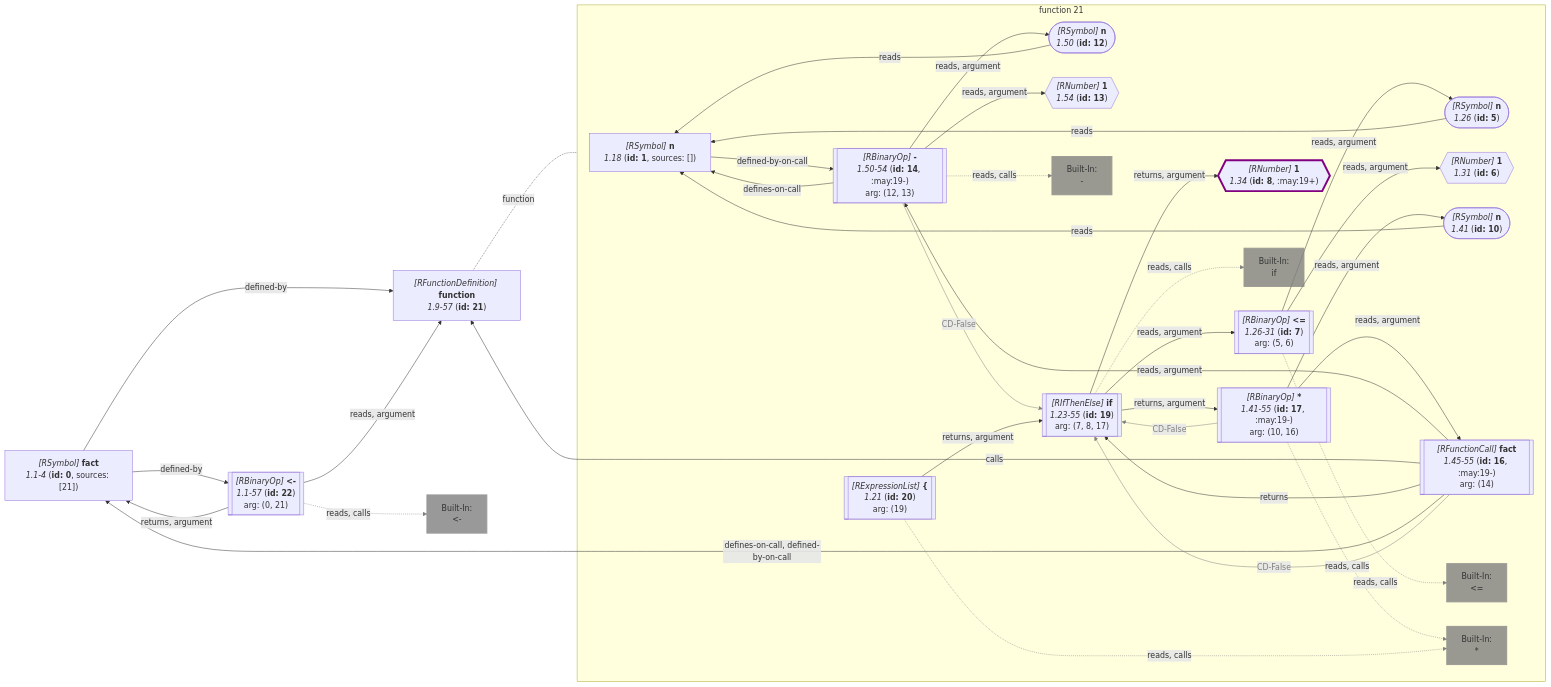
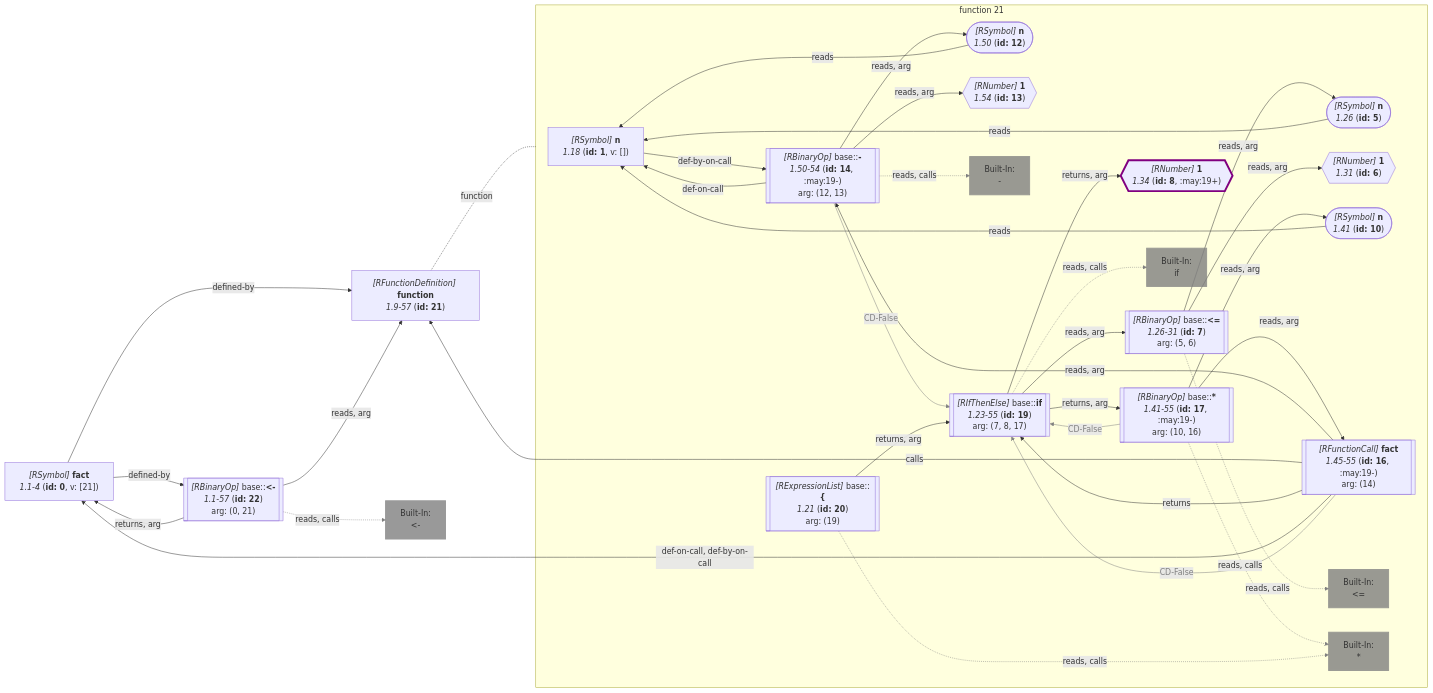
Diagram 15 of 21 in wiki/Query API.md (flowr-analysis/flowr), drawn with Mermaid before and after one commit. The commit also changed other lines of this file and 135 other files, not shown here.

````diff
--- a/wiki/Query API.md
+++ b/wiki/Query API.md
@@ -5034,13 +5038,13 @@
 
 subgraph "flow-21" [function 21]
     1["`*#91;RSymbol#93;* **n**
-      *1.18* (**id: 1**, sources: [])`"]
+      *1.18* (**id: 1**, v: [])`"]
     5(["`*#91;RSymbol#93;* **n**
       *1.26* (**id: 5**)`"])
     6{{"`*#91;RNumber#93;* **1**
       *1.31* (**id: 6**)`"}}
    %% No edges found for 6
-    7[["`*#91;RBinaryOp#93;* **#60;=**
+    7[["`*#91;RBinaryOp#93;* base#58;#58;**#60;=**
       *1.26-31* (**id: 7**)
     arg: (5, 6)`"]]
     built-in:__["`Built-In:
@@ -5056,7 +5060,7 @@
     13{{"`*#91;RNumber#93;* **1**
       *1.54* (**id: 13**)`"}}
    %% No edges found for 13
-    14[["`*#91;RBinaryOp#93;* **#45;**
+    14[["`*#91;RBinaryOp#93;* base#58;#58;**#45;**
       *1.50-54* (**id: 14**, :may:19-)
     arg: (12, 13)`"]]
     built-in:-["`Built-In:
@@ -5064,79 +5068,79 @@
     style built-in:- stroke:gray,fill:gray,stroke-width:2px,opacity:.8;
     %% Environment of 16 [level: 1]:
     %% Built-in
-    %% 2647----------------------------------------
-    %% 2648----------------------------------------
+    %% 2724----------------------------------------
+    %% 2725----------------------------------------
     %%   n: {**n** (id: 1, type: Parameter, def. @2)}
     16[["`*#91;RFunctionCall#93;* **fact**
       *1.45-55* (**id: 16**, :may:19-)
     arg: (14)`"]]
-    17[["`*#91;RBinaryOp#93;* **#42;**
+    17[["`*#91;RBinaryOp#93;* base#58;#58;**#42;**
       *1.41-55* (**id: 17**, :may:19-)
     arg: (10, 16)`"]]
     built-in:_["`Built-In:
 #42;`"]
     style built-in:_ stroke:gray,fill:gray,stroke-width:2px,opacity:.8;
-    19[["`*#91;RIfThenElse#93;* **if**
+    19[["`*#91;RIfThenElse#93;* base#58;#58;**if**
       *1.23-55* (**id: 19**)
     arg: (7, 8, 17)`"]]
     built-in:if["`Built-In:
 if`"]
     style built-in:if stroke:gray,fill:gray,stroke-width:2px,opacity:.8;
-    20[["`*#91;RExpressionList#93;* **#123;**
+    20[["`*#91;RExpressionList#93;* base#58;#58;**#123;**
       *1.21* (**id: 20**)
     arg: (19)`"]]
     style 8 stroke:purple,stroke-width:4px; 
 end
    %% No edges found for 21
     0["`*#91;RSymbol#93;* **fact**
-      *1.1-4* (**id: 0**, sources: [21])`"]
-    22[["`*#91;RBinaryOp#93;* **#60;#45;**
+      *1.1-4* (**id: 0**, v: [21])`"]
+    22[["`*#91;RBinaryOp#93;* base#58;#58;**#60;#45;**
       *1.1-57* (**id: 22**)
     arg: (0, 21)`"]]
     built-in:_-["`Built-In:
 #60;#45;`"]
     style built-in:_- stroke:gray,fill:gray,stroke-width:2px,opacity:.8;
-    1 -->|"defined-by-on-call"| 14
+    1 -->|"def-by-on-call"| 14
     5 -->|"reads"| 1
-    7 -->|"reads, argument"| 5
-    7 -->|"reads, argument"| 6
+    7 -->|"reads, arg"| 5
+    7 -->|"reads, arg"| 6
     7 -.->|"reads, calls"| built-in:__
     linkStyle 4 stroke:gray;
     10 -->|"reads"| 1
     12 -->|"reads"| 1
-    14 -->|"reads, argument"| 12
-    14 -->|"reads, argument"| 13
+    14 -->|"reads, arg"| 12
+    14 -->|"reads, arg"| 13
     14 -.->|"reads, calls"| built-in:-
     linkStyle 9 stroke:gray;
-    14 -->|"defines-on-call"| 1
+    14 -->|"def-on-call"| 1
     14 -->|"CD-False"| 19
     linkStyle 11 stroke:gray,color:gray;
-    16 -->|"reads, argument"| 14
+    16 -->|"reads, arg"| 14
     16 -->|"calls"| 21
     16 -->|"returns"| 19
-    16 -->|"defines-on-call, defined-by-on-call"| 0
+    16 -->|"def-on-call, def-by-on-call"| 0
     16 -->|"CD-False"| 19
     linkStyle 16 stroke:gray,color:gray;
-    17 -->|"reads, argument"| 10
-    17 -->|"reads, argument"| 16
+    17 -->|"reads, arg"| 10
+    17 -->|"reads, arg"| 16
     17 -.->|"reads, calls"| built-in:_
     linkStyle 19 stroke:gray;
     17 -->|"CD-False"| 19
     linkStyle 20 stroke:gray,color:gray;
-    19 -->|"returns, argument"| 8
-    19 -->|"returns, argument"| 17
-    19 -->|"reads, argument"| 7
+    19 -->|"returns, arg"| 8
+    19 -->|"returns, arg"| 17
+    19 -->|"reads, arg"| 7
     19 -.->|"reads, calls"| built-in:if
     linkStyle 24 stroke:gray;
-    20 -->|"returns, argument"| 19
+    20 -->|"returns, arg"| 19
     20 -.->|"reads, calls"| built-in:_
     linkStyle 26 stroke:gray;
 21 -.-|function| flow-21
 
     0 -->|"defined-by"| 21
     0 -->|"defined-by"| 22
-    22 -->|"reads, argument"| 21
-    22 -->|"returns, argument"| 0
+    22 -->|"reads, arg"| 21
+    22 -->|"returns, arg"| 0
     22 -.->|"reads, calls"| built-in:_-
     linkStyle 32 stroke:gray;
 ```
````
